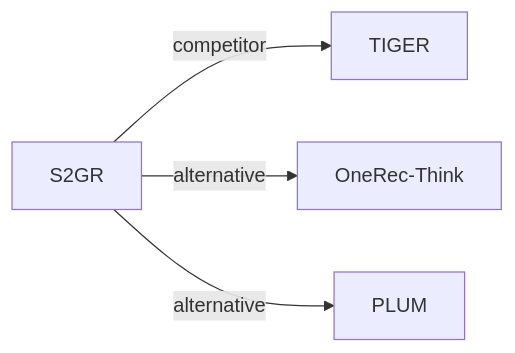
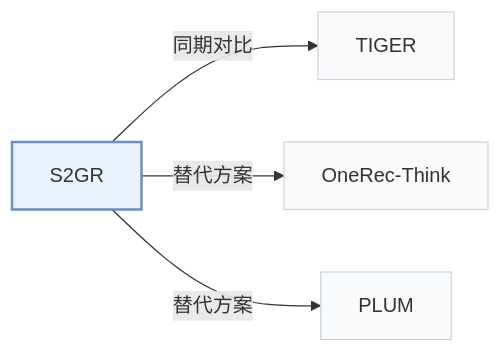
Before and after one commit to Galaxy-ghost/Awesome-SID-Generative-Rec: the third of 3 diagrams in pages/zh/papers/s2gr.md, drawn with Mermaid. The commit also changed other lines of this file and 649 other files, not shown here.

Commit message:
writer-05: also tags and modality index (schema, check, build, visuals); summary field removed; calibration data for 12 papers

````diff
--- a/pages/zh/papers/s2gr.md
+++ b/pages/zh/papers/s2gr.md
@@ -129,7 +135,11 @@
 ```mermaid
 flowchart LR
     P["S2GR"]
-    P -->|competitor| A["TIGER"]
-    P -->|alternative| B["OneRec-Think"]
-    P -->|alternative| C["PLUM"]
+    P -->|"同期对比"| A["TIGER"]
+    P -->|"替代方案"| B["OneRec-Think"]
+    P -->|"替代方案"| C["PLUM"]
+    classDef main fill:#eaf2fb,stroke:#6b8fc7,stroke-width:2px
+    classDef peer fill:#f8fafc,stroke:#cbd5e1
+    class P main
+    class A,B,C peer
 ```
````
